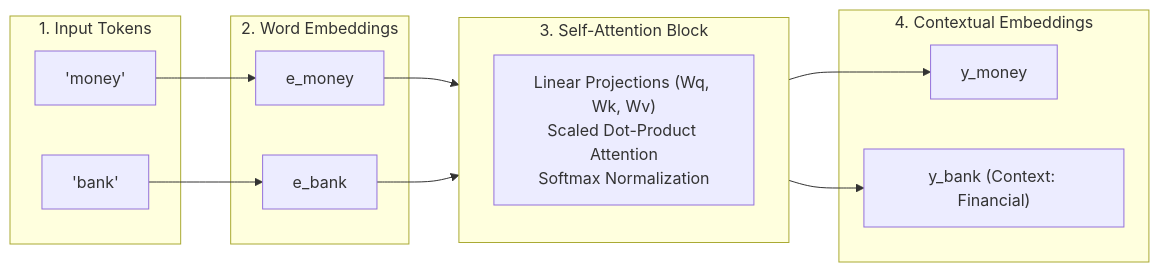
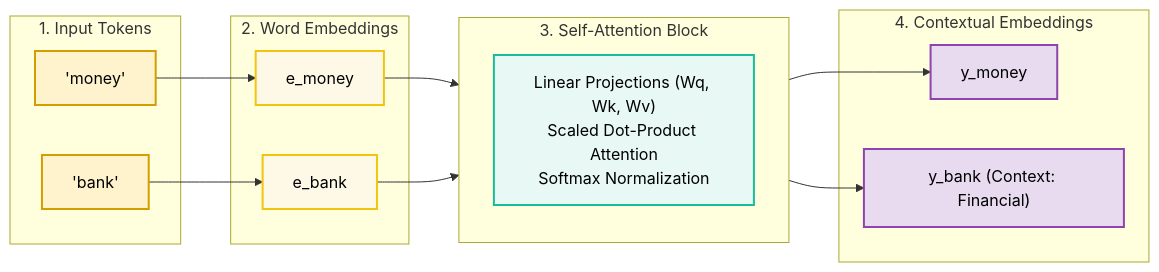
The first of 4 diagrams in self_attention_notes.md (holycompile/Machine_Learning), drawn with Mermaid before and after one commit. The commit also changed other lines of this file and 4 other files, not shown here.

Commit message:
Sclaed-Dot-Product

````diff
--- a/self_attention_notes.md
+++ b/self_attention_notes.md
@@ -17,27 +17,32 @@
 ```mermaid
 flowchart LR
+    classDef inputStyle fill:#FFF3CD,stroke:#D39E00,stroke-width:2px,color:#000;
+    classDef embStyle fill:#FEF9E7,stroke:#F1C40F,stroke-width:2px,color:#000;
+    classDef saStyle fill:#E8F8F5,stroke:#1ABC9C,stroke-width:2px,color:#000;
+    classDef outStyle fill:#E8DAEF,stroke:#8E44AD,stroke-width:2px,color:#000;
+
     subgraph Inputs["1. Input Tokens"]
-        w1["'money'"]
-        w2["'bank'"]
+        w1["'money'"]:::inputStyle
+        w2["'bank'"]:::inputStyle
     end
 
     subgraph Embeddings["2. Word Embeddings"]
-        e1["e_money"]
-        e2["e_bank"]
+        e1["e_money"]:::embStyle
+        e2["e_bank"]:::embStyle
     end
 
     subgraph SelfAttention["3. Self-Attention Block"]
         direction TB
-        SA["Linear Projections (Wq, Wk, Wv)<br/>Scaled Dot-Product Attention<br/>Softmax Normalization"]
+        SA["Linear Projections (Wq, Wk, Wv)<br/>Scaled Dot-Product Attention<br/>Softmax Normalization"]:::saStyle
     end
 
     subgraph Outputs["4. Contextual Embeddings"]
-        y1["y_money"]
-        y2["y_bank (Context: Financial)"]
+        y1["y_money"]:::outStyle
+        y2["y_bank (Context: Financial)"]:::outStyle
     end
 
     w1 --> e1 --> SA
     w2 --> e2 --> SA
     SA --> y1
     SA --> y2
 ```
````
